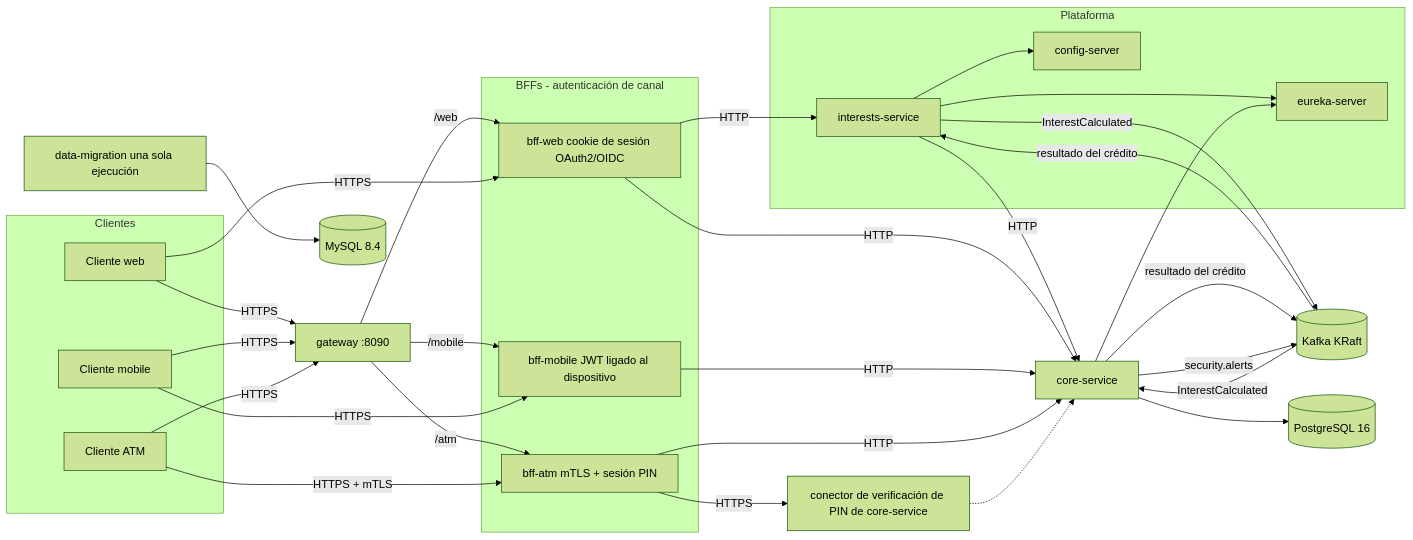
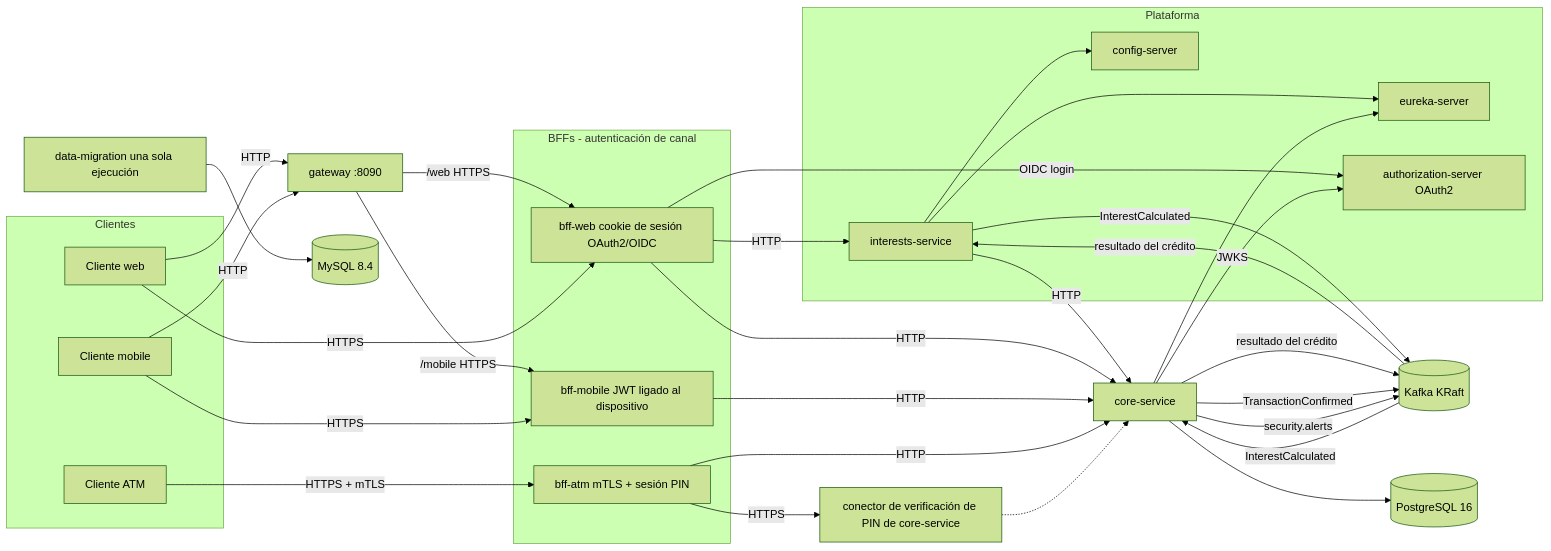
The first of 5 diagrams in docs/architecture.md (L0ncho/xyz_bank_server_EFT), drawn with Mermaid (forest theme) before and after one commit. The commit also changed other lines of this file and 11 other files, not shown here.

````diff
--- a/docs/architecture.md
+++ b/docs/architecture.md
@@ -15,56 +19,58 @@
 ```mermaid
 flowchart LR
   subgraph clients [Clientes]
     WebClient[Cliente web]
     MobileClient[Cliente mobile]
     AtmClient[Cliente ATM]
   end
 
   Gateway[gateway :8090]
 
   subgraph bffs [BFFs - autenticación de canal]
     BffWeb[bff-web cookie de sesión OAuth2/OIDC]
     BffMobile[bff-mobile JWT ligado al dispositivo]
     BffAtm[bff-atm mTLS + sesión PIN]
   end
 
   subgraph platform [Plataforma]
     ConfigServer[config-server]
     EurekaServer[eureka-server]
     InterestsService[interests-service]
+    AuthServer[authorization-server OAuth2]
   end
 
   CoreService[core-service]
   CoreServicePin[conector de verificación de PIN de core-service]
   Kafka[(Kafka KRaft)]
   Postgres[(PostgreSQL 16)]
   MySQL[(MySQL 8.4)]
   Migration[data-migration una sola ejecución]
 
-  WebClient -- HTTPS --> Gateway
-  MobileClient -- HTTPS --> Gateway
-  AtmClient -- HTTPS --> Gateway
-  Gateway -- "/web" --> BffWeb
-  Gateway -- "/mobile" --> BffMobile
-  Gateway -- "/atm" --> BffAtm
+  WebClient -- HTTP --> Gateway
+  MobileClient -- HTTP --> Gateway
+  Gateway -- "/web HTTPS" --> BffWeb
+  Gateway -- "/mobile HTTPS" --> BffMobile
   WebClient -- HTTPS --> BffWeb
   MobileClient -- HTTPS --> BffMobile
   AtmClient -- HTTPS + mTLS --> BffAtm
   BffWeb -- HTTP --> InterestsService
   BffWeb -- HTTP --> CoreService
   BffMobile -- HTTP --> CoreService
   BffAtm -- HTTP --> CoreService
   BffAtm -- HTTPS --> CoreServicePin
   InterestsService --> ConfigServer
   InterestsService --> EurekaServer
   CoreService --> EurekaServer
   InterestsService -- HTTP --> CoreService
   InterestsService -- "InterestCalculated" --> Kafka
   Kafka -- "InterestCalculated" --> CoreService
   CoreService -- "resultado del crédito" --> Kafka
   Kafka -- "resultado del crédito" --> InterestsService
+  CoreService -- "TransactionConfirmed" --> Kafka
   CoreService -- "security.alerts" --> Kafka
+  BffWeb -- "OIDC login" --> AuthServer
+  CoreService -- "JWKS" --> AuthServer
   CoreService --> Postgres
   CoreServicePin -.-> CoreService
   Migration --> MySQL
 ```
````
